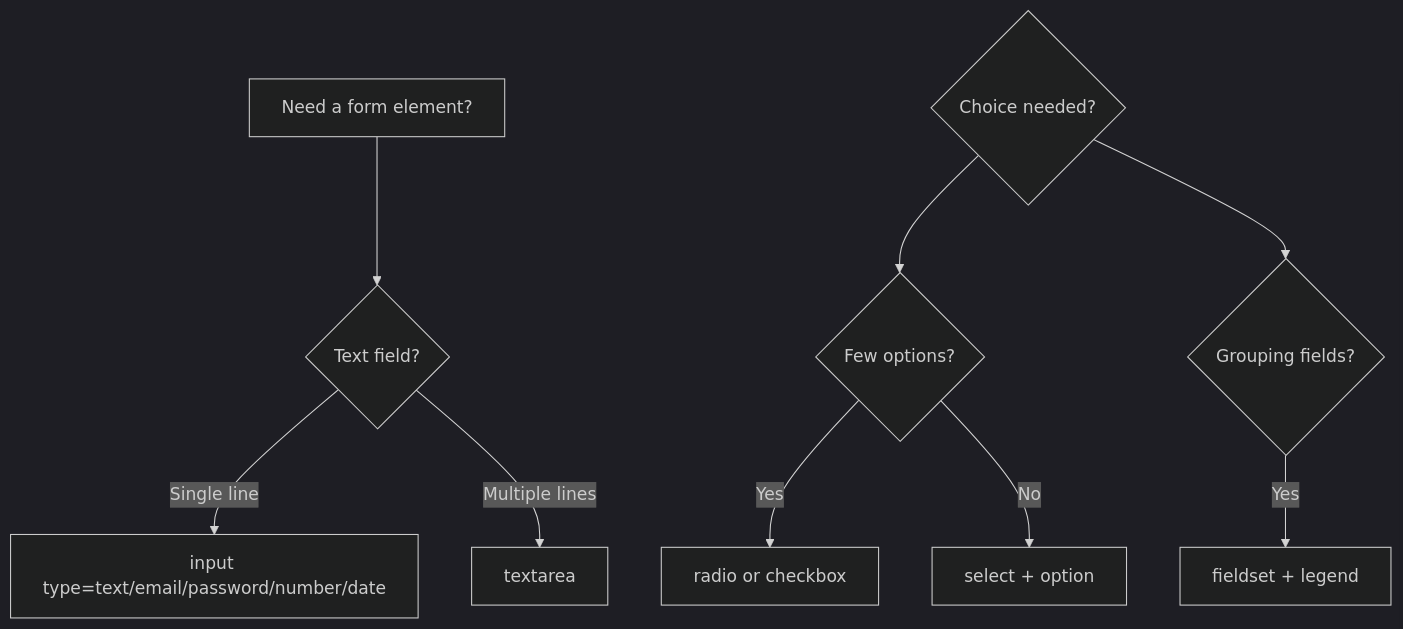
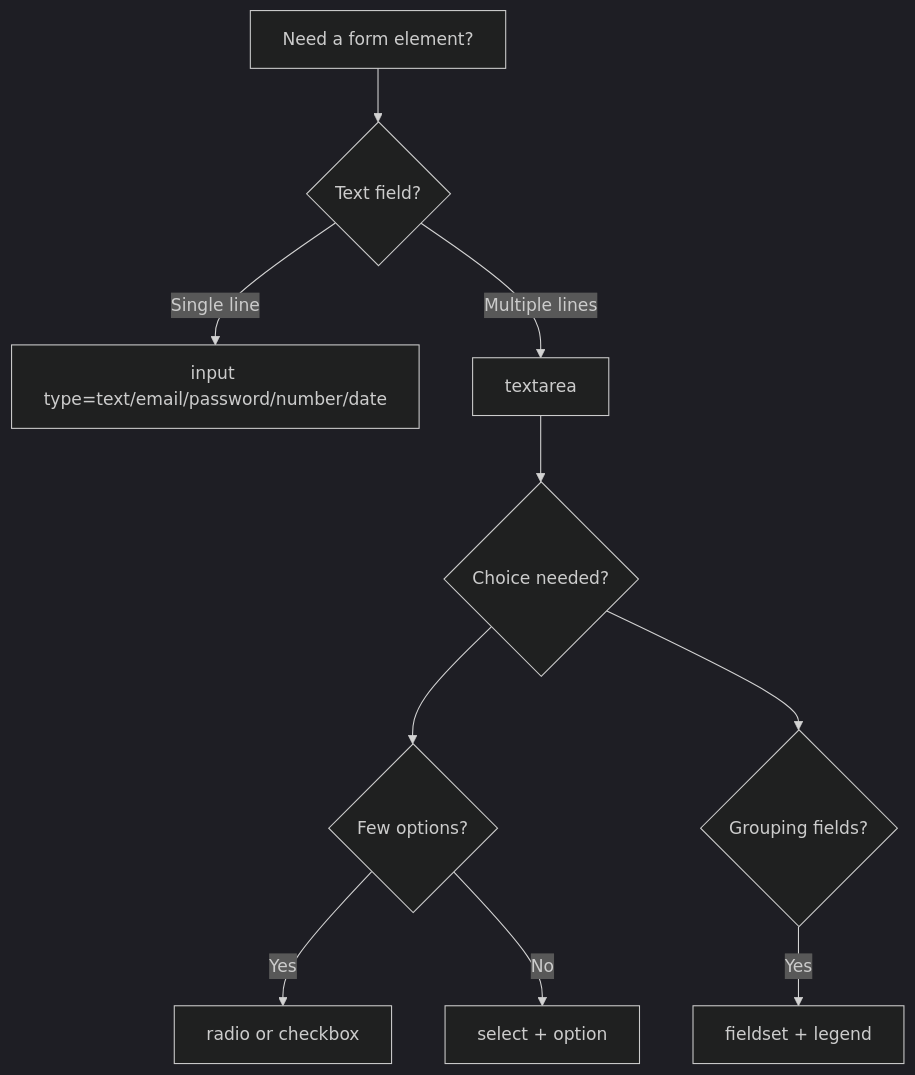
One commit to JLearn-space/HTML changed the first of 2 diagrams in Lesson-7/en/Forms part 2.md. Above: the diagram before and after it, drawn with Mermaid (dark theme). The commit also changed 12 other files, not shown here.

Commit message:
Fix typos, broken markdown, Mermaid diagrams, localize RU/UZ labels, rename mixed-script filename

````diff
--- a/Lesson-7/en/Forms part 2.md
+++ b/Lesson-7/en/Forms part 2.md
@@ -5,11 +5,12 @@
 ```mermaid
 flowchart TD
     A["Need a form element?"] --> B{"Text field?"}
     B -->|"Single line"| C["input type=text/email/password/number/date"]
     B -->|"Multiple lines"| D["textarea"]
-    E{"Choice needed?"} --> F{"Few options?"}
+    D --> E{"Choice needed?"}
+    E --> F{"Few options?"}
     F -->|Yes| G["radio or checkbox"]
     F -->|No| H["select + option"]
     E --> I{"Grouping fields?"}
     I -->|Yes| J["fieldset + legend"]
 ```
````
